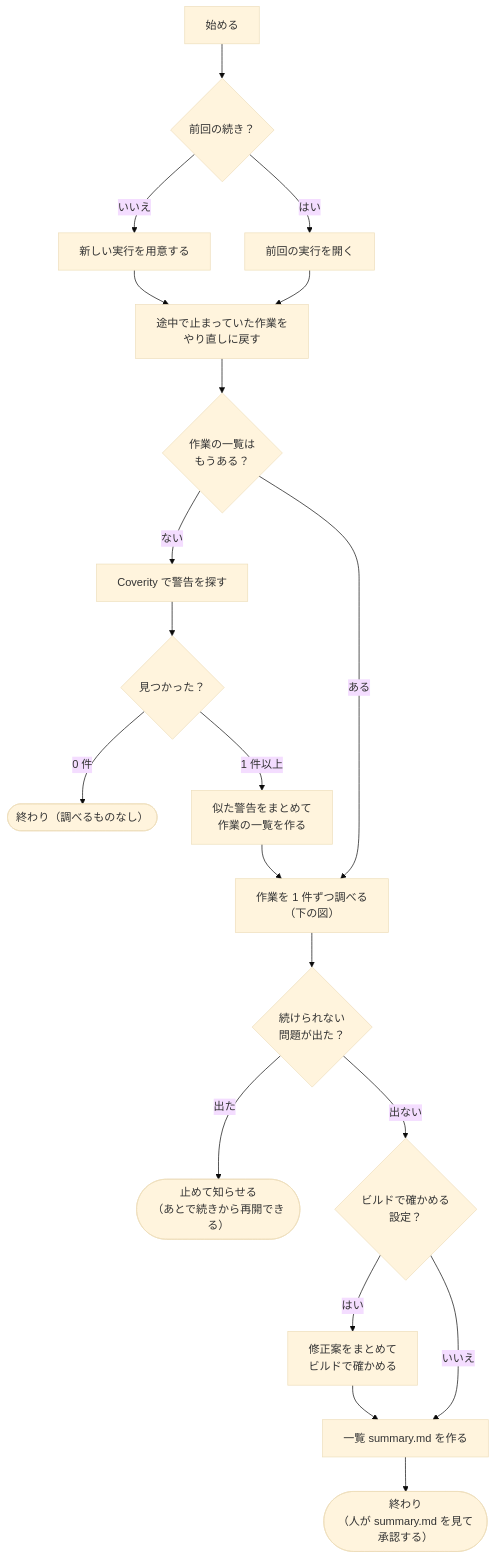
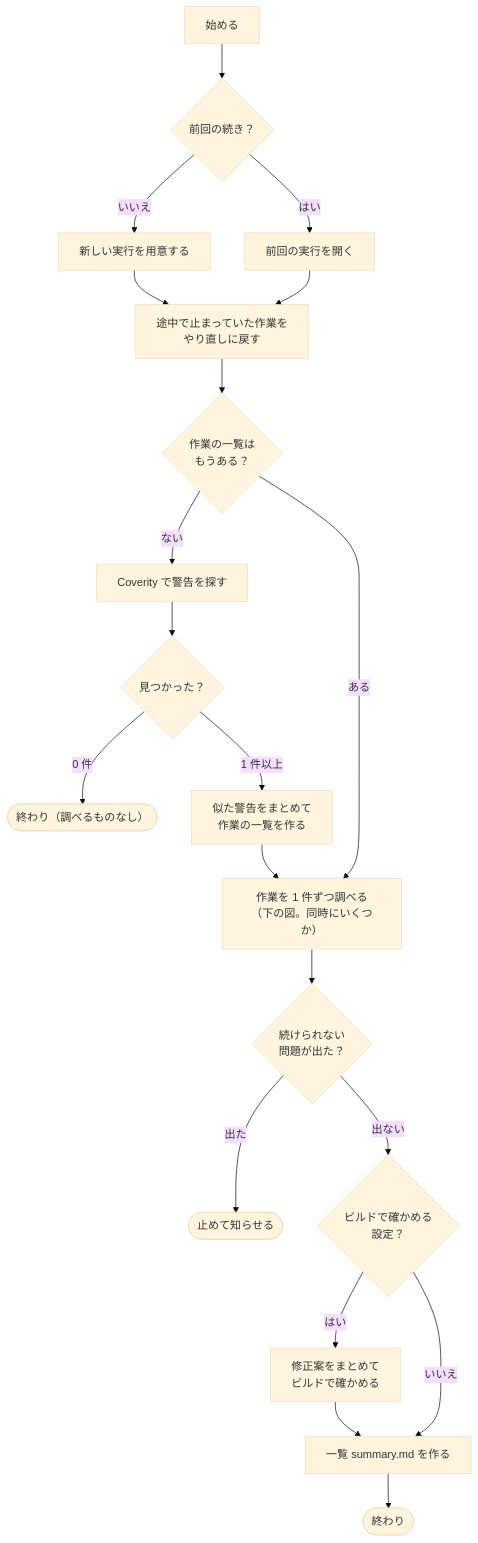
Before and after one commit to imaeda-hub/coverity-triage-agent: the first of 2 diagrams in plugins/coverity-triage/workflow/coverity-triage-run.md, drawn with Mermaid (base theme). The commit also changed other lines of this file and 1 other file, not shown here.

First line of the commit message:
dynamic workflow の md を extension.mjs の図だけにする

````diff
--- a/plugins/coverity-triage/workflow/coverity-triage-run.md
+++ b/plugins/coverity-triage/workflow/coverity-triage-run.md
@@ -8,22 +10,22 @@
 ```mermaid
 flowchart TD
     A1["始める"] --> A2{"前回の続き？"}
     A2 -- "いいえ" --> A3["新しい実行を用意する"]
     A2 -- "はい" --> A4["前回の実行を開く"]
     A3 --> A5["途中で止まっていた作業を<br>やり直しに戻す"]
     A4 --> A5
     A5 --> A6{"作業の一覧は<br>もうある？"}
     A6 -- "ない" --> B1["Coverity で警告を探す"]
     A6 -- "ある" --> C1
     B1 --> B2{"見つかった？"}
     B2 -- "0 件" --> Z1(["終わり（調べるものなし）"])
     B2 -- "1 件以上" --> B3["似た警告をまとめて<br>作業の一覧を作る"]
-    B3 --> C1["作業を 1 件ずつ調べる<br>（下の図）"]
+    B3 --> C1["作業を 1 件ずつ調べる<br>（下の図。同時にいくつか）"]
     C1 --> C2{"続けられない<br>問題が出た？"}
-    C2 -- "出た" --> Z2(["止めて知らせる<br>（あとで続きから再開できる）"])
+    C2 -- "出た" --> Z2(["止めて知らせる"])
     C2 -- "出ない" --> D1{"ビルドで確かめる<br>設定？"}
     D1 -- "はい" --> D2["修正案をまとめて<br>ビルドで確かめる"]
     D1 -- "いいえ" --> E1
     D2 --> E1["一覧 summary.md を作る"]
-    E1 --> Z3(["終わり<br>（人が summary.md を見て承認する）"])
+    E1 --> Z3(["終わり"])
 ```
````
